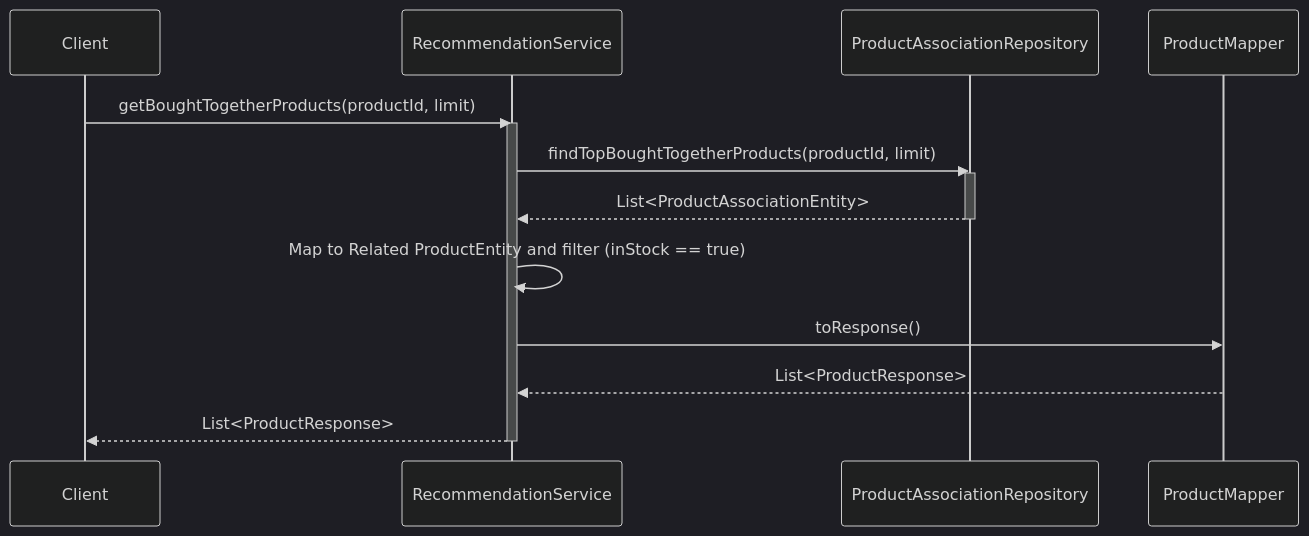
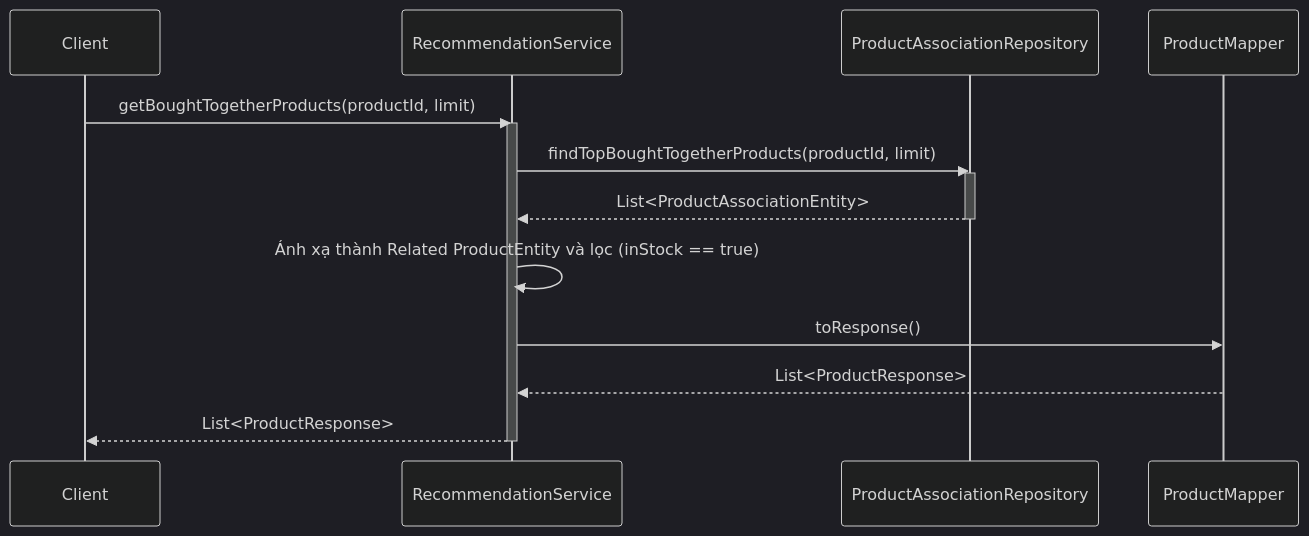
The third of 3 diagrams in .agent/sequence/recommendation_service_sequence_diagrams.md (aquoc09/easymall), drawn with Mermaid (dark theme) before and after one commit. The commit also changed other lines of this file and 18 other files, not shown here.

Commit message:
UPDATE: Sequence diagram vietnamese

````diff
--- a/.agent/sequence/recommendation_service_sequence_diagrams.md
+++ b/.agent/sequence/recommendation_service_sequence_diagrams.md
@@ -80,23 +80,23 @@
 ```mermaid
 sequenceDiagram
     participant Client
     participant RecommendationService
     participant ProductAssociationRepository
     participant ProductMapper
 
     Client->>RecommendationService: getBoughtTogetherProducts(productId, limit)
     activate RecommendationService
 
     RecommendationService->>ProductAssociationRepository: findTopBoughtTogetherProducts(productId, limit)
     activate ProductAssociationRepository
     ProductAssociationRepository-->>RecommendationService: List<ProductAssociationEntity>
     deactivate ProductAssociationRepository
 
-    RecommendationService->>RecommendationService: Map to Related ProductEntity and filter (inStock == true)
+    RecommendationService->>RecommendationService: Ánh xạ thành Related ProductEntity và lọc (inStock == true)
 
     RecommendationService->>ProductMapper: toResponse()
     ProductMapper-->>RecommendationService: List<ProductResponse>
 
     RecommendationService-->>Client: List<ProductResponse>
     deactivate RecommendationService
 ```
````
